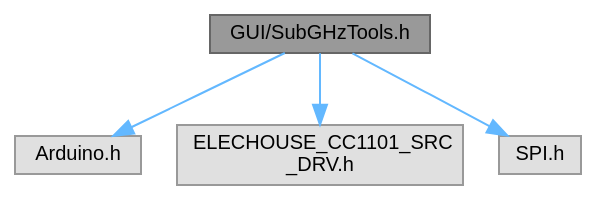
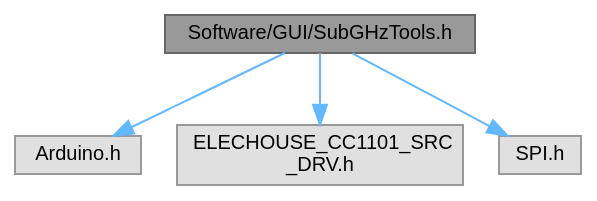
One commit to Jonathan-0101/skeletonKey changed the diagram in GUI_2SubGHzTools_8h__incl.dot. Above: the diagram before and after it, drawn with Graphviz. The commit also changed 57 other files, not shown here.

```diff
--- a/GUI_2SubGHzTools_8h__incl.dot
+++ b/GUI_2SubGHzTools_8h__incl.dot
@@ -1,14 +1,14 @@
-digraph "GUI/SubGHzTools.h"
+digraph "Software/GUI/SubGHzTools.h"
 {
  // LATEX_PDF_SIZE
   bgcolor="transparent";
   edge [fontname=Helvetica,fontsize=10,labelfontname=Helvetica,labelfontsize=10];
   node [fontname=Helvetica,fontsize=10,shape=box,height=0.2,width=0.4];
-  Node1 [id="Node000001",label="GUI/SubGHzTools.h",height=0.2,width=0.4,color="gray40", fillcolor="grey60", style="filled", fontcolor="black",tooltip="Library for Sub-GHz attack tools."];
+  Node1 [id="Node000001",label="Software/GUI/SubGHzTools.h",height=0.2,width=0.4,color="gray40", fillcolor="grey60", style="filled", fontcolor="black",tooltip="Library for Sub-GHz attack tools."];
   Node1 -> Node2 [id="edge1_Node000001_Node000002",color="steelblue1",style="solid",tooltip=" "];
   Node2 [id="Node000002",label="Arduino.h",height=0.2,width=0.4,color="grey60", fillcolor="#E0E0E0", style="filled",tooltip=" "];
   Node1 -> Node3 [id="edge2_Node000001_Node000003",color="steelblue1",style="solid",tooltip=" "];
   Node3 [id="Node000003",label="ELECHOUSE_CC1101_SRC\l_DRV.h",height=0.2,width=0.4,color="grey60", fillcolor="#E0E0E0", style="filled",tooltip=" "];
   Node1 -> Node4 [id="edge3_Node000001_Node000004",color="steelblue1",style="solid",tooltip=" "];
   Node4 [id="Node000004",label="SPI.h",height=0.2,width=0.4,color="grey60", fillcolor="#E0E0E0", style="filled",tooltip=" "];
 }
```
